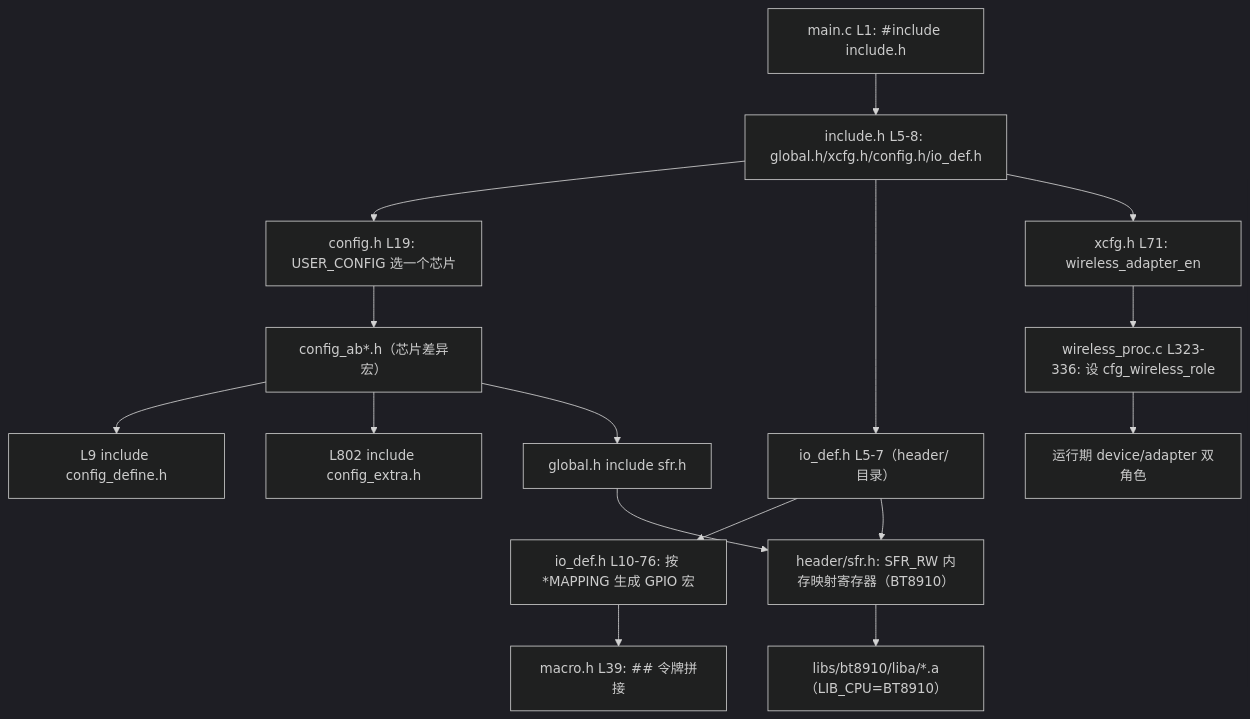
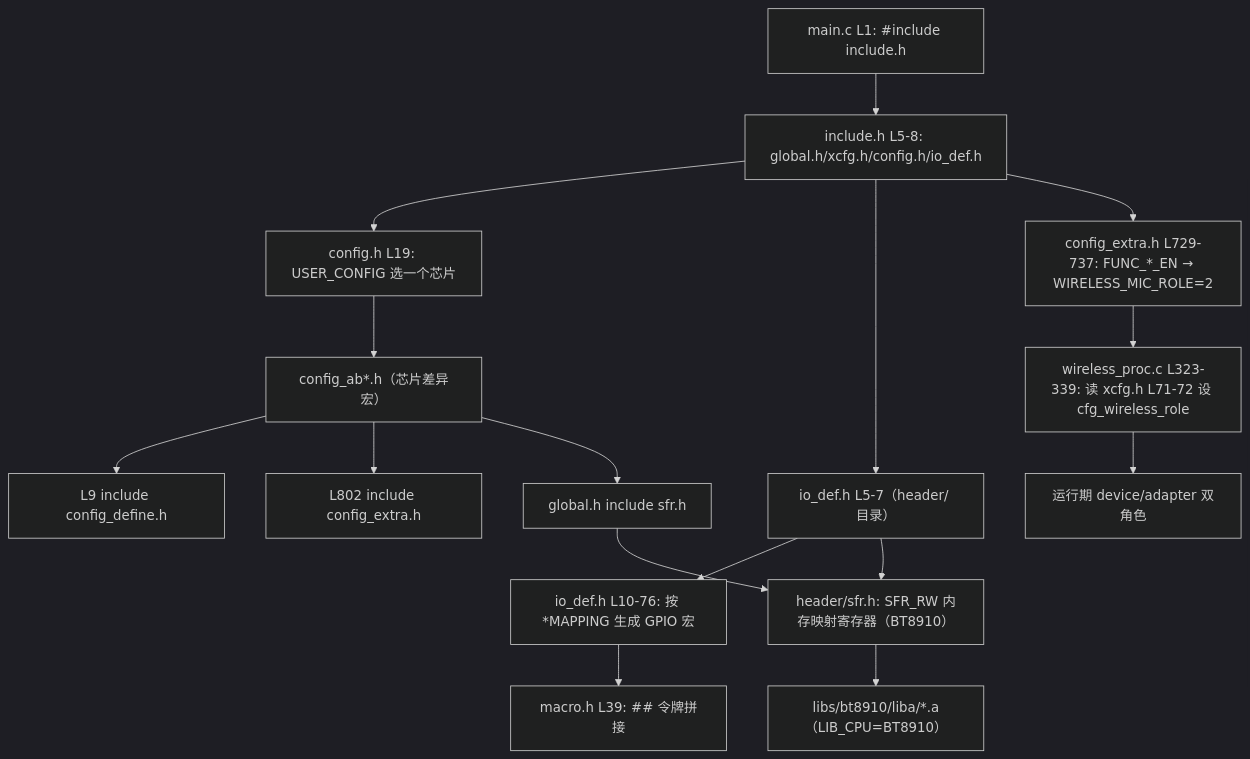
One commit to zglstudylinux/573x_and_5706 changed the third of 3 diagrams in docs/sdk/5726_TX_SDK多芯片支持原理.md. Above: the diagram before and after it, drawn with Mermaid (dark theme). The commit also changed other lines of this file and 2 other files, not shown here.

Commit message:
docs: 修正收发角色机制说明，补充 WIRELESS_MIC_ROLE 派生与收发一体设计初衷

````diff
--- a/docs/sdk/5726_TX_SDK多芯片支持原理.md
+++ b/docs/sdk/5726_TX_SDK多芯片支持原理.md
@@ -201,18 +222,18 @@
 ```mermaid
 flowchart TD
     A["main.c L1: #include include.h"] --> B["include.h L5-8: global.h/xcfg.h/config.h/io_def.h"]
     B --> C["config.h L19: USER_CONFIG 选一个芯片"]
     C --> D["config_ab*.h（芯片差异宏）"]
     D --> D1["L9 include config_define.h"]
     D --> D2["L802 include config_extra.h"]
     B --> E["io_def.h L5-7（header/ 目录）"]
     E --> F["io_def.h L10-76: 按 *MAPPING 生成 GPIO 宏"]
     F --> G["macro.h L39: ## 令牌拼接"]
     E --> H["header/sfr.h: SFR_RW 内存映射寄存器（BT8910）"]
     D --> I["global.h include sfr.h"]
     I --> H
     H --> J["libs/bt8910/liba/*.a（LIB_CPU=BT8910）"]
-    B --> K["xcfg.h L71: wireless_adapter_en"]
-    K --> L["wireless_proc.c L323-336: 设 cfg_wireless_role"]
+    B --> K["config_extra.h L729-737: FUNC_*_EN → WIRELESS_MIC_ROLE=2"]
+    K --> L["wireless_proc.c L323-339: 读 xcfg.h L71-72 设 cfg_wireless_role"]
     L --> M["运行期 device/adapter 双角色"]
 ```
````
